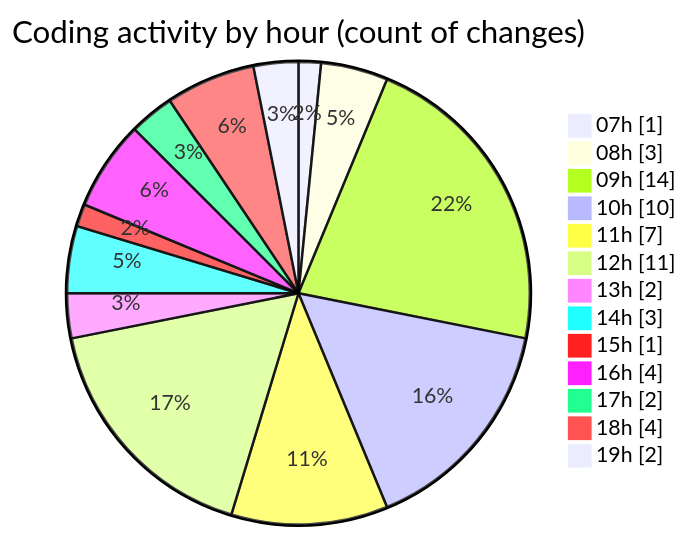
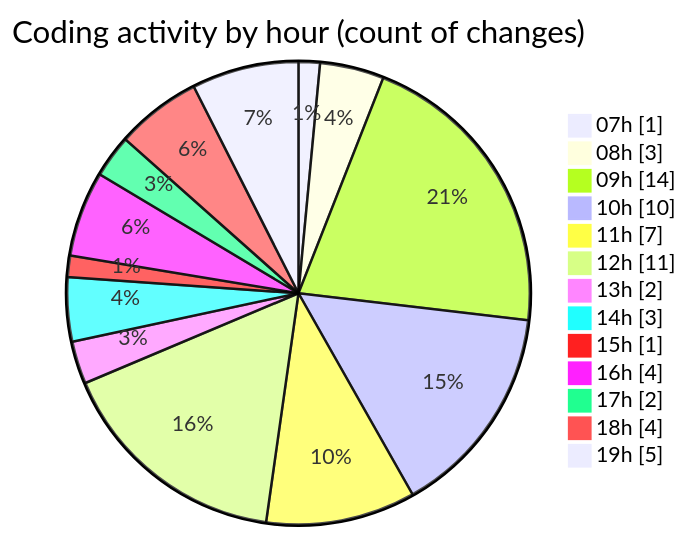
One commit to tmsrecording-cyber/code-tracking changed the second of 2 diagrams in 2026-02-02/singularitybrainai/README.md. Above: the diagram before and after it, drawn with Mermaid. The commit also changed other lines of this file and 1 other file, not shown here.

````diff
--- a/2026-02-02/singularitybrainai/README.md
+++ b/2026-02-02/singularitybrainai/README.md
@@ -42,17 +43,17 @@
 ```mermaid
 pie showData
 title Coding activity by hour (count of changes)
 "07h" : 1
 "08h" : 3
 "09h" : 14
 "10h" : 10
 "11h" : 7
 "12h" : 11
 "13h" : 2
 "14h" : 3
 "15h" : 1
 "16h" : 4
 "17h" : 2
 "18h" : 4
-"19h" : 2
+"19h" : 5
 ```
````
